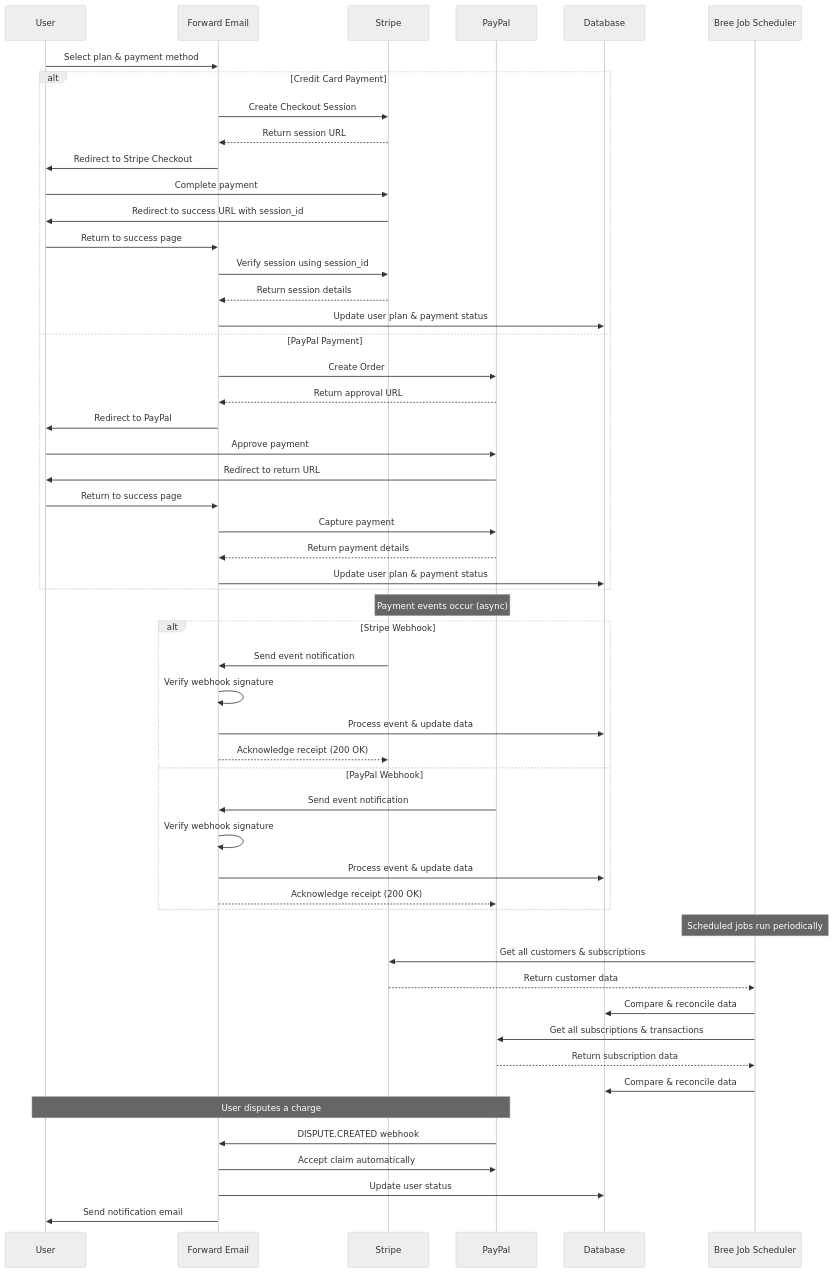
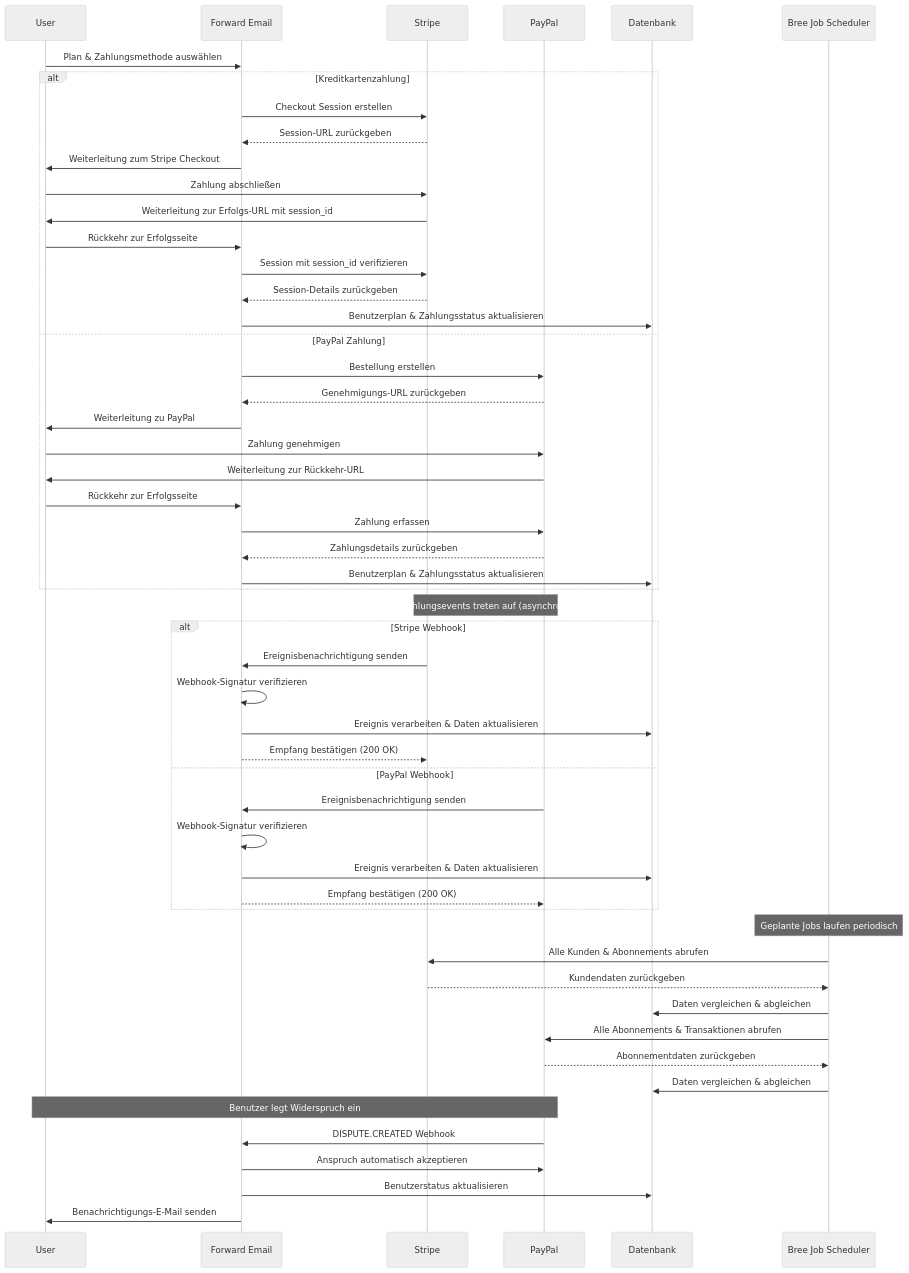
One commit to forwardemail/forwardemail.net changed the second of 7 diagrams in app/views/docs/building-reliable-payment-system-stripe-paypal/index-de.md. Above: the diagram before and after it, drawn with Mermaid (neutral theme). The commit also changed other lines of this file and 1055 other files, not shown here.

````diff
--- a/app/views/docs/building-reliable-payment-system-stripe-paypal/index-de.md
+++ b/app/views/docs/building-reliable-payment-system-stripe-paypal/index-de.md
@@ -215,68 +218,68 @@
 ```mermaid
 sequenceDiagram
     participant User
     participant FE as Forward Email
     participant Stripe
     participant PayPal
-    participant DB as Database
+    participant DB as Datenbank
     participant Bree as Bree Job Scheduler
 
     %% Initial checkout flow
-    User->>FE: Select plan & payment method
+    User->>FE: Plan & Zahlungsmethode auswählen
 
-    alt Credit Card Payment
-        FE->>Stripe: Create Checkout Session
-        Stripe-->>FE: Return session URL
-        FE->>User: Redirect to Stripe Checkout
-        User->>Stripe: Complete payment
-        Stripe->>User: Redirect to success URL with session_id
-        User->>FE: Return to success page
-        FE->>Stripe: Verify session using session_id
-        Stripe-->>FE: Return session details
-        FE->>DB: Update user plan & payment status
-    else PayPal Payment
-        FE->>PayPal: Create Order
-        PayPal-->>FE: Return approval URL
-        FE->>User: Redirect to PayPal
-        User->>PayPal: Approve payment
-        PayPal->>User: Redirect to return URL
-        User->>FE: Return to success page
-        FE->>PayPal: Capture payment
-        PayPal-->>FE: Return payment details
-        FE->>DB: Update user plan & payment status
+    alt Kreditkartenzahlung
+        FE->>Stripe: Checkout Session erstellen
+        Stripe-->>FE: Session-URL zurückgeben
+        FE->>User: Weiterleitung zum Stripe Checkout
+        User->>Stripe: Zahlung abschließen
+        Stripe->>User: Weiterleitung zur Erfolgs-URL mit session_id
+        User->>FE: Rückkehr zur Erfolgsseite
+        FE->>Stripe: Session mit session_id verifizieren
+        Stripe-->>FE: Session-Details zurückgeben
+        FE->>DB: Benutzerplan & Zahlungsstatus aktualisieren
+    else PayPal Zahlung
+        FE->>PayPal: Bestellung erstellen
+        PayPal-->>FE: Genehmigungs-URL zurückgeben
+        FE->>User: Weiterleitung zu PayPal
+        User->>PayPal: Zahlung genehmigen
+        PayPal->>User: Weiterleitung zur Rückkehr-URL
+        User->>FE: Rückkehr zur Erfolgsseite
+        FE->>PayPal: Zahlung erfassen
+        PayPal-->>FE: Zahlungsdetails zurückgeben
+        FE->>DB: Benutzerplan & Zahlungsstatus aktualisieren
     end
 
-    %% Webhook flow (asynchronous)
-    Note over Stripe,PayPal: Payment events occur (async)
+    %% Webhook Ablauf (asynchron)
+    Note over Stripe,PayPal: Zahlungsevents treten auf (asynchron)
 
     alt Stripe Webhook
-        Stripe->>FE: Send event notification
-        FE->>FE: Verify webhook signature
-        FE->>DB: Process event & update data
-        FE-->>Stripe: Acknowledge receipt (200 OK)
+        Stripe->>FE: Ereignisbenachrichtigung senden
+        FE->>FE: Webhook-Signatur verifizieren
+        FE->>DB: Ereignis verarbeiten & Daten aktualisieren
+        FE-->>Stripe: Empfang bestätigen (200 OK)
     else PayPal Webhook
-        PayPal->>FE: Send event notification
-        FE->>FE: Verify webhook signature
-        FE->>DB: Process event & update data
-        FE-->>PayPal: Acknowledge receipt (200 OK)
+        PayPal->>FE: Ereignisbenachrichtigung senden
+        FE->>FE: Webhook-Signatur verifizieren
+        FE->>DB: Ereignis verarbeiten & Daten aktualisieren
+        FE-->>PayPal: Empfang bestätigen (200 OK)
     end
 
-    %% Bree automated jobs
-    Note over Bree: Scheduled jobs run periodically
+    %% Bree automatisierte Jobs
+    Note over Bree: Geplante Jobs laufen periodisch
 
-    Bree->>Stripe: Get all customers & subscriptions
-    Stripe-->>Bree: Return customer data
-    Bree->>DB: Compare & reconcile data
+    Bree->>Stripe: Alle Kunden & Abonnements abrufen
+    Stripe-->>Bree: Kundendaten zurückgeben
+    Bree->>DB: Daten vergleichen & abgleichen
 
-    Bree->>PayPal: Get all subscriptions & transactions
-    PayPal-->>Bree: Return subscription data
-    Bree->>DB: Compare & reconcile data
+    Bree->>PayPal: Alle Abonnements & Transaktionen abrufen
+    PayPal-->>Bree: Abonnementdaten zurückgeben
+    Bree->>DB: Daten vergleichen & abgleichen
 
-    %% Edge case: Dispute handling
-    Note over User,PayPal: User disputes a charge
+    %% Sonderfall: Streitfallbearbeitung
+    Note over User,PayPal: Benutzer legt Widerspruch ein
 
-    PayPal->>FE: DISPUTE.CREATED webhook
-    FE->>PayPal: Accept claim automatically
-    FE->>DB: Update user status
-    FE->>User: Send notification email
+    PayPal->>FE: DISPUTE.CREATED Webhook
+    FE->>PayPal: Anspruch automatisch akzeptieren
+    FE->>DB: Benutzerstatus aktualisieren
+    FE->>User: Benachrichtigungs-E-Mail senden
 ```
````
